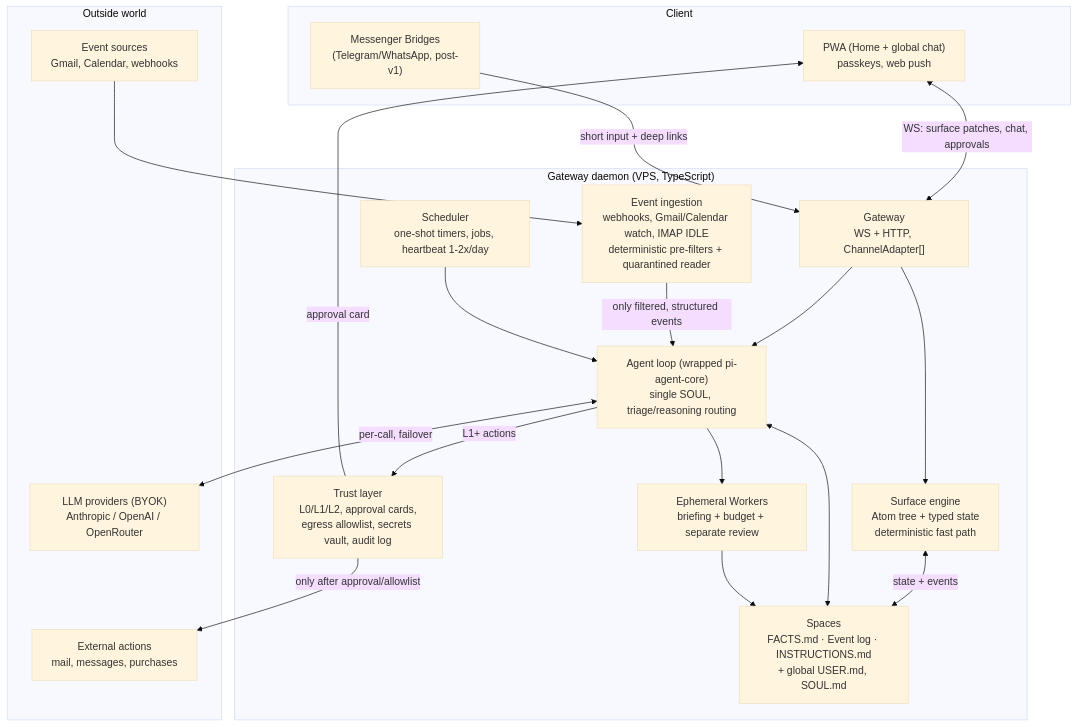
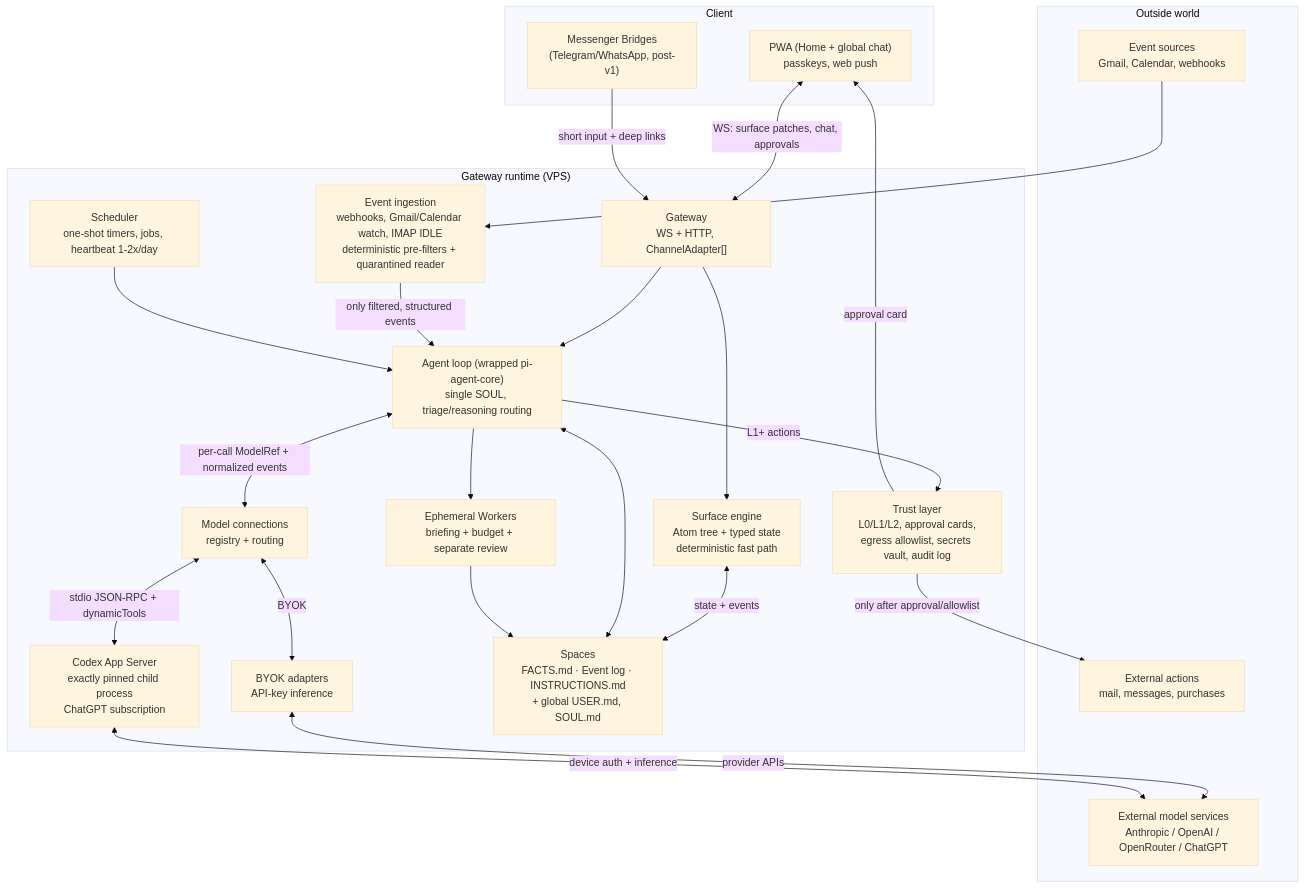
One commit to Ic3b3rg/veduta changed the first of 2 diagrams in ARCHITECTURE.md. Above: the diagram before and after it, drawn with Mermaid (base theme). The commit also changed other lines of this file and 3 other files, not shown here.

Commit message:
docs: expose ChatGPT subscription support (#119)

````diff
--- a/ARCHITECTURE.md
+++ b/ARCHITECTURE.md
@@ -20,40 +20,47 @@
 ```mermaid
 flowchart TB
     subgraph Client["Client"]
         PWA["PWA (Home + global chat)\npasskeys, web push"]
         TG["Messenger Bridges\n(Telegram/WhatsApp, post-v1)"]
     end
 
-    subgraph Daemon["Gateway daemon (VPS, TypeScript)"]
+    subgraph Daemon["Gateway runtime (VPS)"]
         GW["Gateway\nWS + HTTP, ChannelAdapter[]"]
         SE["Surface engine\nAtom tree + typed state\ndeterministic fast path"]
         AL["Agent loop (wrapped pi-agent-core)\nsingle SOUL, triage/reasoning routing"]
+        MC["Model connections\nregistry + routing"]
+        BYOK["BYOK adapters\nAPI-key inference"]
+        CODEX["Codex App Server\nexactly pinned child process\nChatGPT subscription"]
         SCH["Scheduler\none-shot timers, jobs, heartbeat 1-2x/day"]
         ING["Event ingestion\nwebhooks, Gmail/Calendar watch, IMAP IDLE\ndeterministic pre-filters + quarantined reader"]
         MEM["Spaces\nFACTS.md · Event log · INSTRUCTIONS.md\n+ global USER.md, SOUL.md"]
         SEC["Trust layer\nL0/L1/L2, approval cards,\negress allowlist, secrets vault, audit log"]
         WK["Ephemeral Workers\nbriefing + budget + separate review"]
     end
 
     subgraph Esterno["Outside world"]
-        LLM["LLM providers (BYOK)\nAnthropic / OpenAI / OpenRouter"]
+        LLM["External model services\nAnthropic / OpenAI / OpenRouter / ChatGPT"]
         SRC["Event sources\nGmail, Calendar, webhooks"]
         ACT["External actions\nmail, messages, purchases"]
     end
 
     PWA <-->|"WS: surface patches, chat, approvals"| GW
     TG -->|"short input + deep links"| GW
     GW --> SE
     GW --> AL
     SE <-->|"state + events"| MEM
     AL <--> MEM
-    AL <-->|"per-call, failover"| LLM
+    AL <-->|"per-call ModelRef + normalized events"| MC
+    MC <-->|"BYOK"| BYOK
+    MC <-->|"stdio JSON-RPC + dynamicTools"| CODEX
+    BYOK <-->|"provider APIs"| LLM
+    CODEX <-->|"device auth + inference"| LLM
     AL --> WK
     WK --> MEM
     SRC --> ING
     ING -->|"only filtered, structured events"| AL
     SCH --> AL
     AL -->|"L1+ actions"| SEC
     SEC -->|"approval card"| PWA
     SEC -->|"only after approval/allowlist"| ACT
 ```
````
